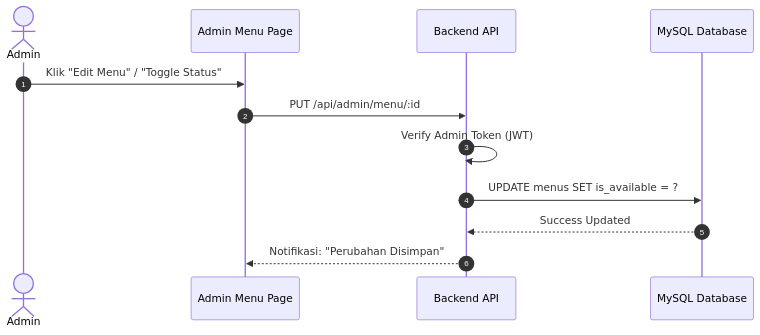
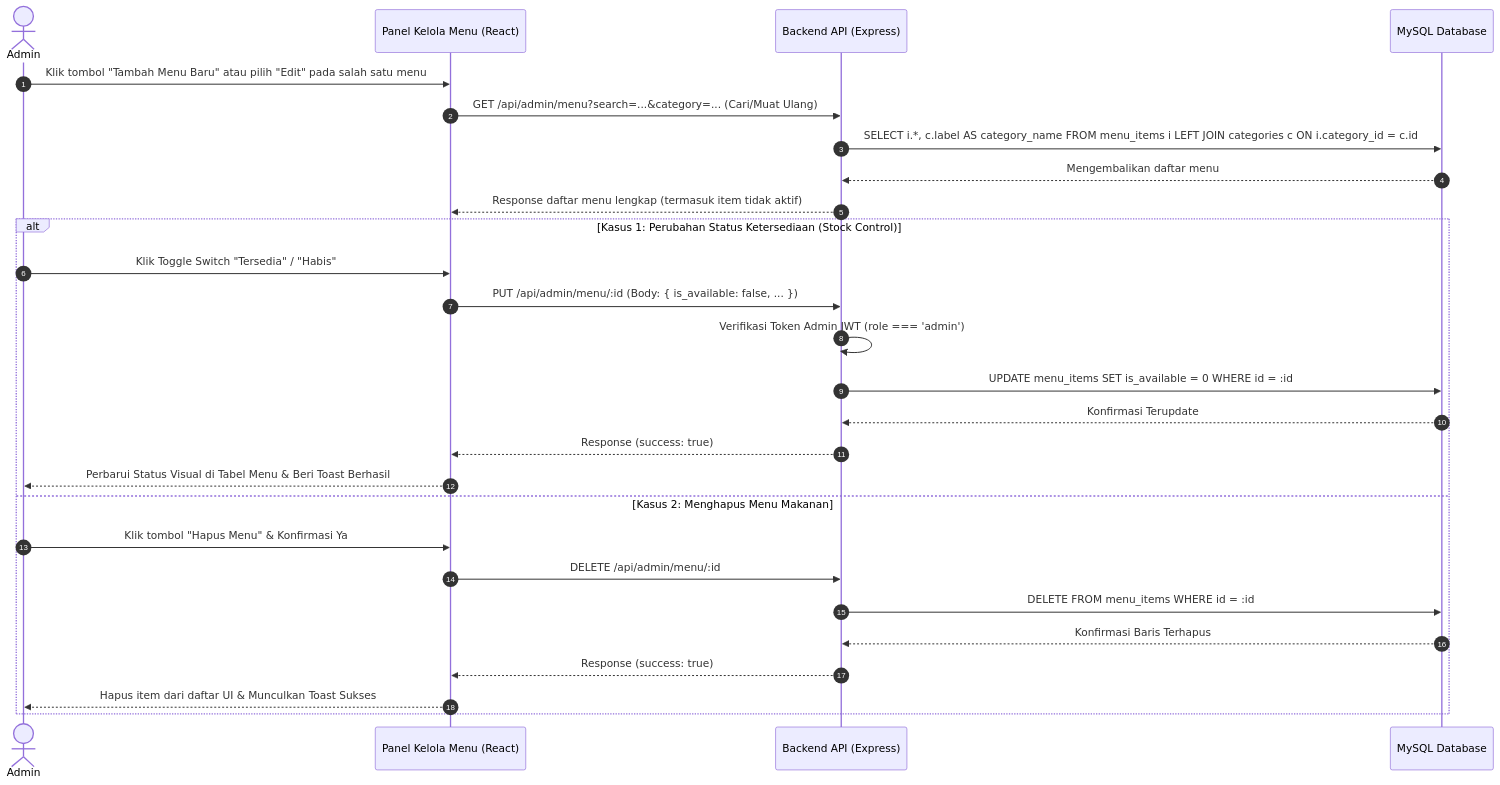
The sixth of 8 diagrams in DIAGRAM.md (AkbarHusaini/website-reservasi-online-Ineri-suki), drawn with Mermaid before and after one commit. The commit also changed other lines of this file, not shown here.

Commit message:
docs: upgrade all sequence diagrams in DIAGRAM.md to be highly detailed and code-aligned

````diff
--- a/DIAGRAM.md
+++ b/DIAGRAM.md
@@ -165,15 +246,32 @@
 ```mermaid
 sequenceDiagram
     autonumber
-    actor Admin
-    participant FE as Admin Menu Page
-    participant BE as Backend API
+    actor Admin as Admin
+    participant FE as Panel Kelola Menu (React)
+    participant BE as Backend API (Express)
     participant DB as MySQL Database
 
-    Admin->>FE: Klik "Edit Menu" / "Toggle Status"
-    FE->>BE: PUT /api/admin/menu/:id
-    BE->>BE: Verify Admin Token (JWT)
-    BE->>DB: UPDATE menus SET is_available = ?
-    DB-->>BE: Success Updated
-    BE-->>FE: Notifikasi: "Perubahan Disimpan"
+    Admin->>FE: Klik tombol "Tambah Menu Baru" atau pilih "Edit" pada salah satu menu
+    FE->>BE: GET /api/admin/menu?search=...&category=... (Cari/Muat Ulang)
+    BE->>DB: SELECT i.*, c.label AS category_name FROM menu_items i LEFT JOIN categories c ON i.category_id = c.id
+    DB-->>BE: Mengembalikan daftar menu
+    BE-->>FE: Response daftar menu lengkap (termasuk item tidak aktif)
+    
+    alt Kasus 1: Perubahan Status Ketersediaan (Stock Control)
+        Admin->>FE: Klik Toggle Switch "Tersedia" / "Habis"
+        FE->>BE: PUT /api/admin/menu/:id (Body: { is_available: false, ... })
+        BE->>BE: Verifikasi Token Admin JWT (role === 'admin')
+        BE->>DB: UPDATE menu_items SET is_available = 0 WHERE id = :id
+        DB-->>BE: Konfirmasi Terupdate
+        BE-->>FE: Response (success: true)
+        FE-->>Admin: Perbarui Status Visual di Tabel Menu & Beri Toast Berhasil
+        
+    else Kasus 2: Menghapus Menu Makanan
+        Admin->>FE: Klik tombol "Hapus Menu" & Konfirmasi Ya
+        FE->>BE: DELETE /api/admin/menu/:id
+        BE->>DB: DELETE FROM menu_items WHERE id = :id
+        DB-->>BE: Konfirmasi Baris Terhapus
+        BE-->>FE: Response (success: true)
+        FE-->>Admin: Hapus item dari daftar UI & Munculkan Toast Sukses
+    end
 ```
````
